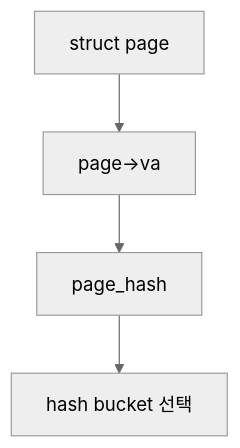
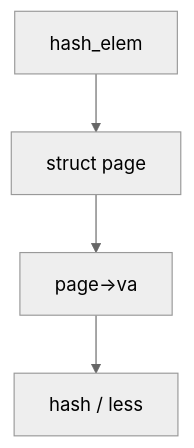
The third of 4 diagrams in pintos/doc/taejung_files/3. week3/study/3. test-notes/1. Memory Management/1. feature/02-feature-page-structure-and-hash-key.md (tail1887/PINTOS-VM), drawn with Mermaid (neutral theme) before and after one commit. The commit also changed other lines of this file and 19 other files, not shown here.

````diff
--- a/pintos/doc/taejung_files/3. week3/study/3. test-notes/1. Memory Management/1. feature/02-feature-page-structure-and-hash-key.md
+++ b/pintos/doc/taejung_files/3. week3/study/3. test-notes/1. Memory Management/1. feature/02-feature-page-structure-and-hash-key.md
@@ -73,6 +68,6 @@
 ```mermaid
 flowchart TD
-  PAGE[struct page] --> VA[page->va]
-  VA --> HASH[page_hash]
-  HASH --> BUCKET[hash bucket 선택]
+  E[hash_elem] --> P[struct page]
+  P --> VA[page->va]
+  VA --> H[hash / less]
 ```
````
